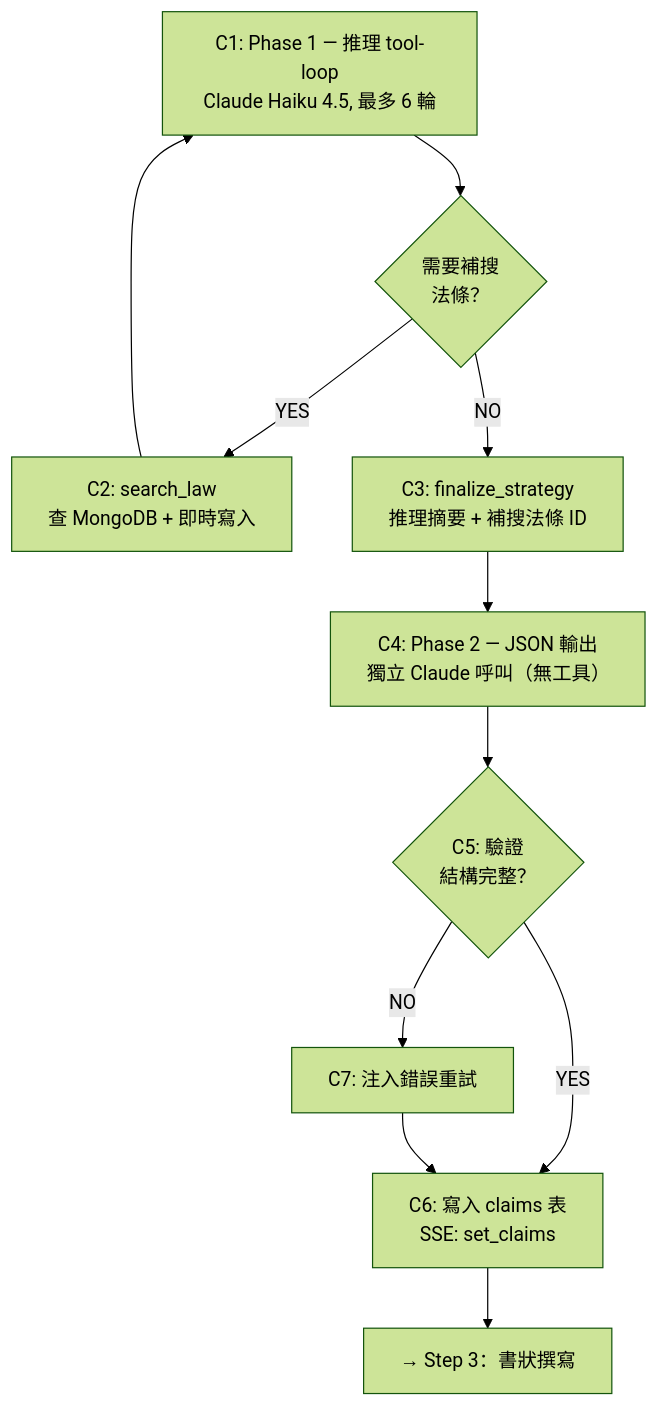
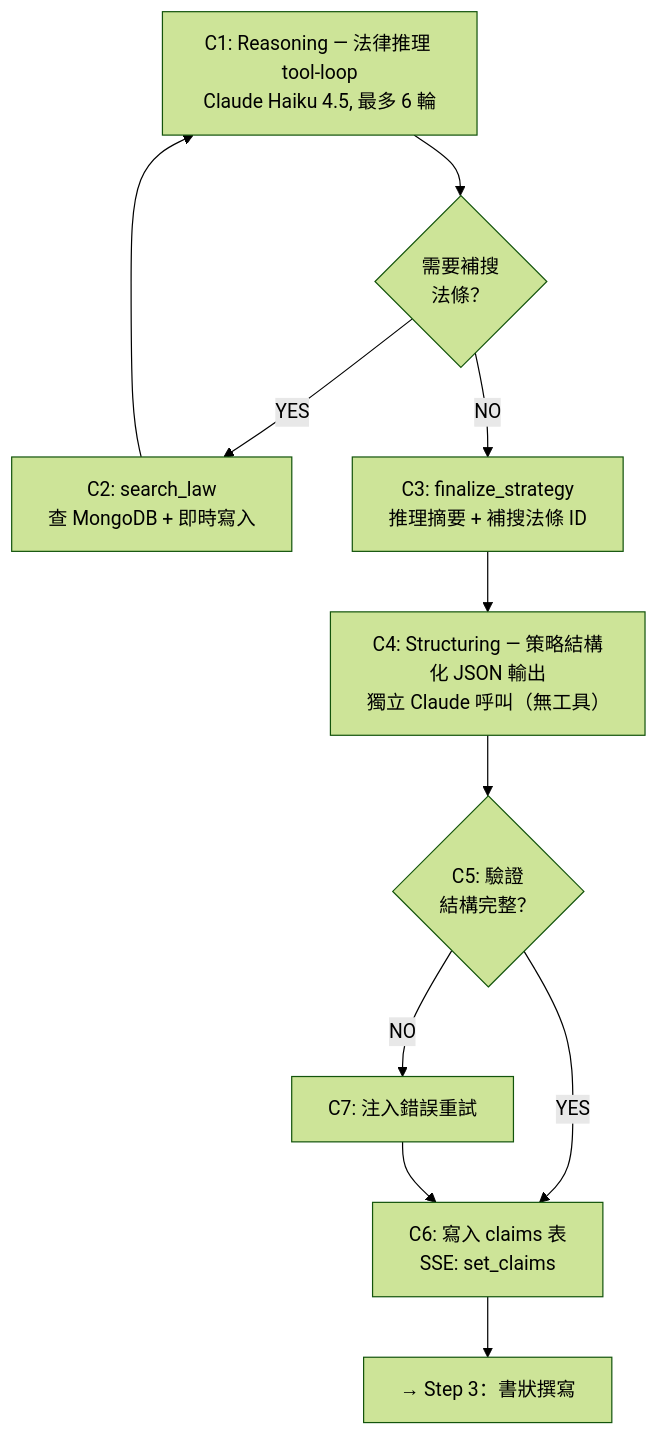
One commit to skynocover/lexdraft changed the fourth of 6 diagrams in LEGAL_AGENT.md. Above: the diagram before and after it, drawn with Mermaid (forest theme). The commit also changed other lines of this file and 21 other files, not shown here.

````diff
--- a/LEGAL_AGENT.md
+++ b/LEGAL_AGENT.md
@@ -188,14 +188,14 @@
 ```mermaid
 flowchart TD
-    Phase1["C1: Phase 1 — 推理 tool-loop<br/>Claude Haiku 4.5, 最多 6 輪"]
-    Phase1 --> SearchLaw{"需要補搜<br/>法條？"}
+    Reasoning["C1: Reasoning — 法律推理 tool-loop<br/>Claude Haiku 4.5, 最多 6 輪"]
+    Reasoning --> SearchLaw{"需要補搜<br/>法條？"}
     SearchLaw -- YES --> Search["C2: search_law<br/>查 MongoDB + 即時寫入"]
-    Search --> Phase1
+    Search --> Reasoning
     SearchLaw -- NO --> Finalize["C3: finalize_strategy<br/>推理摘要 + 補搜法條 ID"]
-    Finalize --> Phase2["C4: Phase 2 — JSON 輸出<br/>獨立 Claude 呼叫（無工具）"]
-    Phase2 --> Validate{"C5: 驗證<br/>結構完整？"}
+    Finalize --> Structuring["C4: Structuring — 策略結構化 JSON 輸出<br/>獨立 Claude 呼叫（無工具）"]
+    Structuring --> Validate{"C5: 驗證<br/>結構完整？"}
     Validate -- YES --> SetStrategy["C6: 寫入 claims 表<br/>SSE: set_claims"]
     Validate -- NO --> Retry["C7: 注入錯誤重試"]
     Retry --> SetStrategy
     SetStrategy --> NextStep["→ Step 3：書狀撰寫"]
 ```
````
